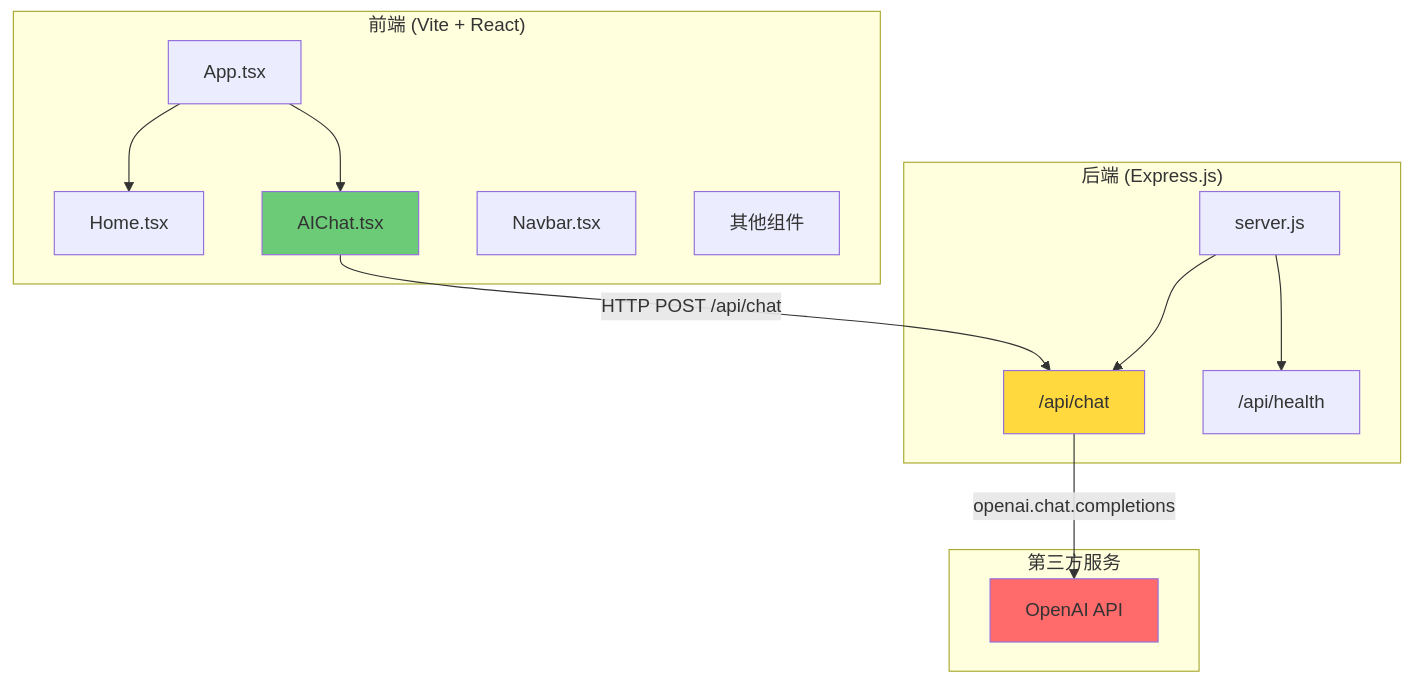
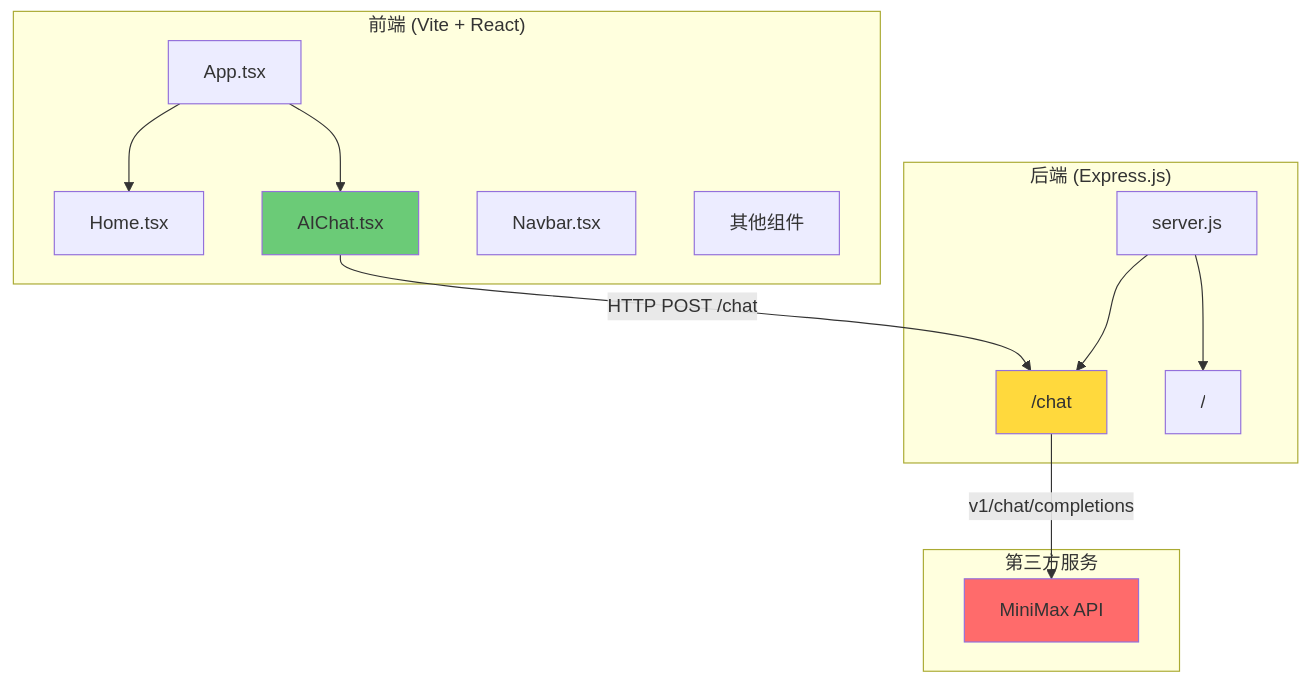
One commit to sary002/my-blog changed the diagram in plans/progress.md. Above: the diagram before and after it, drawn with Mermaid. The commit also changed other lines of this file, not shown here.

````diff
--- a/plans/progress.md
+++ b/plans/progress.md
@@ -85,31 +82,31 @@
 ```mermaid
 graph TB
     subgraph Frontend["前端 (Vite + React)"]
         App[App.tsx]
         Home[Home.tsx]
         AIChat[AIChat.tsx]
         Navbar[Navbar.tsx]
         Components["其他组件"]
     end
 
     subgraph Backend["后端 (Express.js)"]
         Server[server.js]
-        ChatAPI["/api/chat"]
-        HealthAPI["/api/health"]
+        ChatAPI["/chat"]
+        HealthAPI["/"]
     end
 
     subgraph External["第三方服务"]
-        OpenAI[OpenAI API]
+        MiniMax[MiniMax API]
     end
 
     App --> Home
     App --> AIChat
-    AIChat -->|HTTP POST /api/chat| ChatAPI
-    ChatAPI -->|openai.chat.completions| OpenAI
+    AIChat -->|HTTP POST /chat| ChatAPI
+    ChatAPI -->|v1/chat/completions| MiniMax
     Server --> ChatAPI
     Server --> HealthAPI
 
-    style OpenAI fill:#ff6b6b
+    style MiniMax fill:#ff6b6b
     style ChatAPI fill:#ffd93d
     style AIChat fill:#6bcb77
 ```
````
